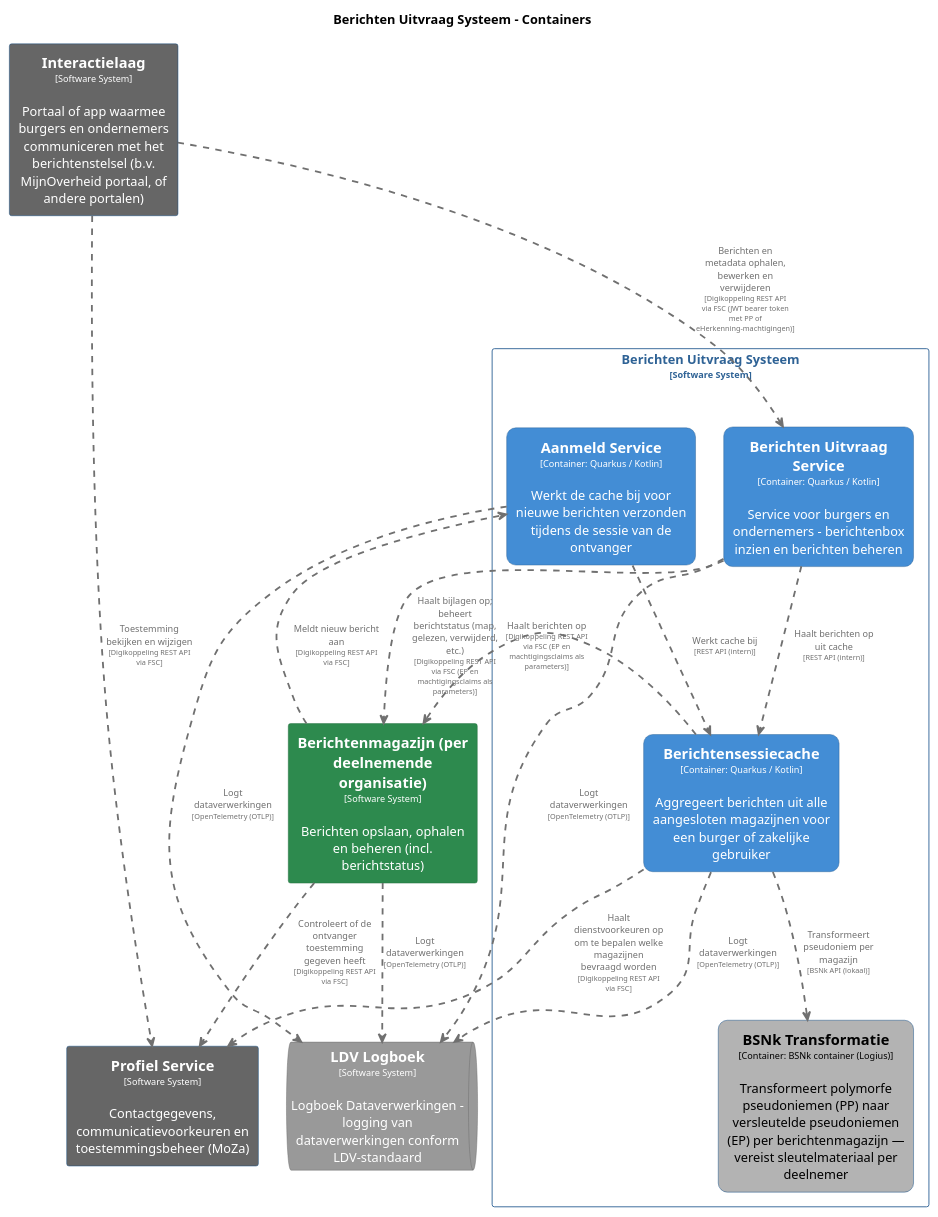
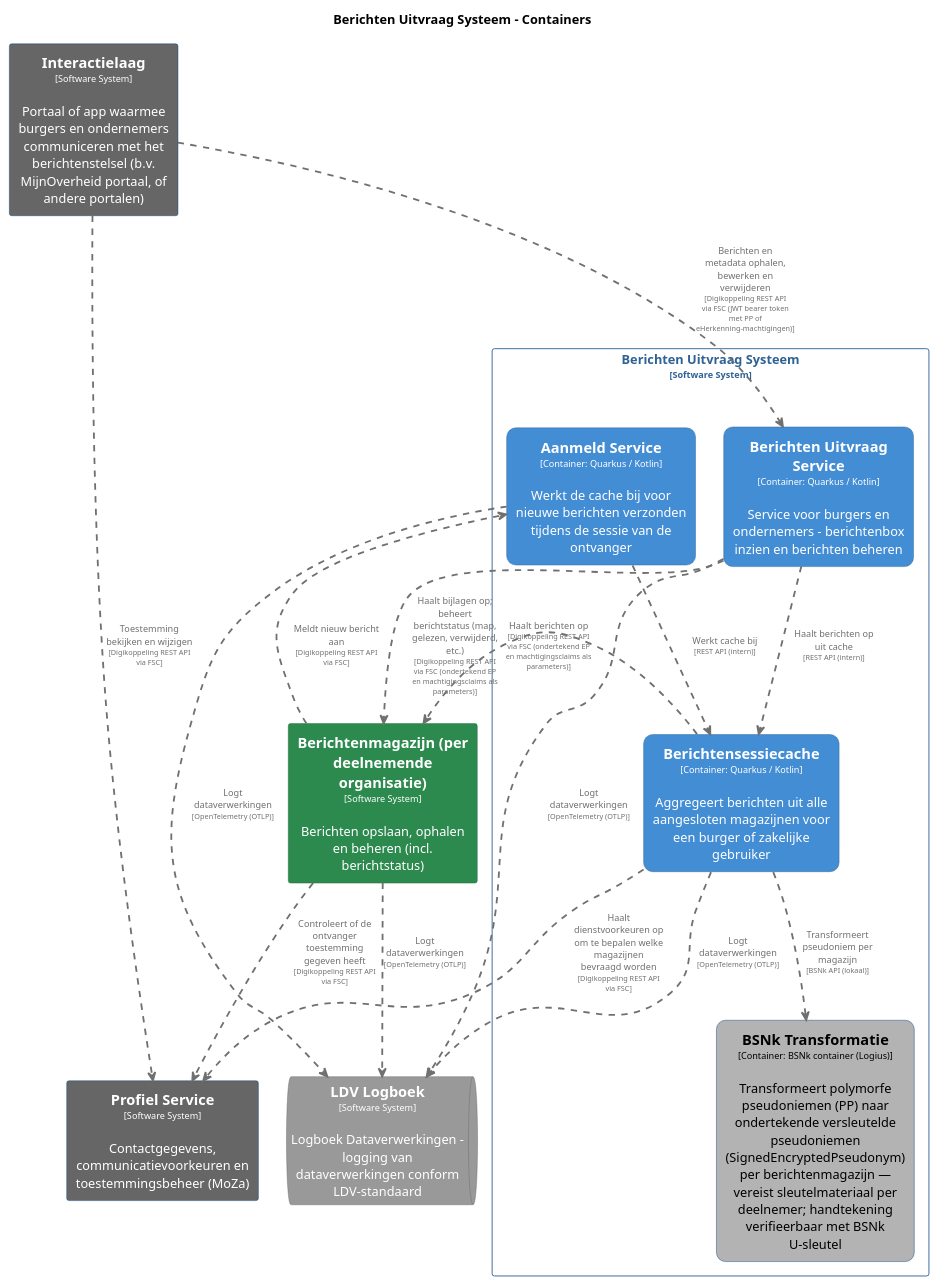
One commit to MinBZK/moza-poc-fbs-berichtenbox changed the diagram in pr-preview/pr-22/master/puml/BerichtenUitvraagSysteemContainers.puml. Above: the diagram before and after it, drawn with PlantUML. The commit also changed 37 other files, not shown here.

```diff
--- a/pr-preview/pr-22/master/puml/BerichtenUitvraagSysteemContainers.puml
+++ b/pr-preview/pr-22/master/puml/BerichtenUitvraagSysteemContainers.puml
@@ -1,102 +1,102 @@
 @startuml
 set separator none
 title Berichten Uitvraag Systeem - Containers
 
 top to bottom direction
 skinparam ranksep 60
 skinparam nodesep 30
 
 skinparam {
   arrowFontSize 10
   defaultTextAlignment center
   wrapWidth 200
   maxMessageSize 100
 }
 
 hide stereotype
 
 skinparam rectangle<<BerichtenUitvraagSysteem.AanmeldService>> {
   BackgroundColor #438dd5
   FontColor #ffffff
   BorderColor #2e6295
   roundCorner 20
   shadowing false
 }
 skinparam rectangle<<BerichtenUitvraagSysteem.BSNkTransformatie>> {
   BackgroundColor #b3b3b3
   FontColor #000000
   BorderColor #0b4884
   roundCorner 20
   shadowing false
 }
 skinparam rectangle<<BerichtenUitvraagSysteem.BerichtenUitvraagService>> {
   BackgroundColor #438dd5
   FontColor #ffffff
   BorderColor #2e6295
   roundCorner 20
   shadowing false
 }
 skinparam rectangle<<Berichtenmagazijnperdeelnemendeorganisatie>> {
   BackgroundColor #2d8a4e
   FontColor #ffffff
   BorderColor #1e6b38
   shadowing false
 }
 skinparam rectangle<<BerichtenUitvraagSysteem.Berichtensessiecache>> {
   BackgroundColor #438dd5
   FontColor #ffffff
   BorderColor #2e6295
   roundCorner 20
   shadowing false
 }
 skinparam rectangle<<Interactielaag>> {
   BackgroundColor #666666
   FontColor #ffffff
   BorderColor #0b4884
   shadowing false
 }
 skinparam queue<<LDVLogboek>> {
   BackgroundColor #999999
   FontColor #ffffff
   BorderColor #6b6b6b
   shadowing false
 }
 skinparam rectangle<<ProfielService>> {
   BackgroundColor #666666
   FontColor #ffffff
   BorderColor #0b4884
   shadowing false
 }
 skinparam rectangle<<BerichtenUitvraagSysteem>> {
   BorderColor #2e6295
   FontColor #2e6295
   shadowing false
 }
 
 rectangle "==Profiel Service\n<size:10>[Software System]</size>\n\nContactgegevens, communicatievoorkeuren en toestemmingsbeheer (MoZa)" <<ProfielService>> as ProfielService
 rectangle "==Interactielaag\n<size:10>[Software System]</size>\n\nPortaal of app waarmee burgers en ondernemers communiceren met het berichtenstelsel (b.v. MijnOverheid portaal, of andere portalen)" <<Interactielaag>> as Interactielaag
 rectangle "==Berichtenmagazijn (per deelnemende organisatie)\n<size:10>[Software System]</size>\n\nBerichten opslaan, ophalen en beheren (incl. berichtstatus)" <<Berichtenmagazijnperdeelnemendeorganisatie>> as Berichtenmagazijnperdeelnemendeorganisatie
 queue "==LDV Logboek\n<size:10>[Software System]</size>\n\nLogboek Dataverwerkingen - logging van dataverwerkingen conform LDV-standaard" <<LDVLogboek>> as LDVLogboek
 
 rectangle "Berichten Uitvraag Systeem\n<size:10>[Software System]</size>" <<BerichtenUitvraagSysteem>> {
   rectangle "==Berichtensessiecache\n<size:10>[Container: Quarkus / Kotlin]</size>\n\nAggregeert berichten uit alle aangesloten magazijnen voor een burger of zakelijke gebruiker" <<BerichtenUitvraagSysteem.Berichtensessiecache>> as BerichtenUitvraagSysteem.Berichtensessiecache
   rectangle "==Berichten Uitvraag Service\n<size:10>[Container: Quarkus / Kotlin]</size>\n\nService voor burgers en ondernemers - berichtenbox inzien en berichten beheren" <<BerichtenUitvraagSysteem.BerichtenUitvraagService>> as BerichtenUitvraagSysteem.BerichtenUitvraagService
-  rectangle "==BSNk Transformatie\n<size:10>[Container: BSNk container (Logius)]</size>\n\nTransformeert polymorfe pseudoniemen (PP) naar versleutelde pseudoniemen (EP) per berichtenmagazijn — vereist sleutelmateriaal per deelnemer" <<BerichtenUitvraagSysteem.BSNkTransformatie>> as BerichtenUitvraagSysteem.BSNkTransformatie
+  rectangle "==BSNk Transformatie\n<size:10>[Container: BSNk container (Logius)]</size>\n\nTransformeert polymorfe pseudoniemen (PP) naar ondertekende versleutelde pseudoniemen (SignedEncryptedPseudonym) per berichtenmagazijn — vereist sleutelmateriaal per deelnemer; handtekening verifieerbaar met BSNk U-sleutel" <<BerichtenUitvraagSysteem.BSNkTransformatie>> as BerichtenUitvraagSysteem.BSNkTransformatie
   rectangle "==Aanmeld Service\n<size:10>[Container: Quarkus / Kotlin]</size>\n\nWerkt de cache bij voor nieuwe berichten verzonden tijdens de sessie van de ontvanger" <<BerichtenUitvraagSysteem.AanmeldService>> as BerichtenUitvraagSysteem.AanmeldService
 }
 
 Berichtenmagazijnperdeelnemendeorganisatie .[#707070,thickness=2].> ProfielService : "<color:#707070>Controleert of de ontvanger toestemming gegeven heeft\n<color:#707070><size:8>[Digikoppeling REST API via FSC]</size>"
 BerichtenUitvraagSysteem.Berichtensessiecache .[#707070,thickness=2].> ProfielService : "<color:#707070>Haalt dienstvoorkeuren op om te bepalen welke magazijnen bevraagd worden\n<color:#707070><size:8>[Digikoppeling REST API via FSC]</size>"
-BerichtenUitvraagSysteem.Berichtensessiecache .[#707070,thickness=2].> Berichtenmagazijnperdeelnemendeorganisatie : "<color:#707070>Haalt berichten op\n<color:#707070><size:8>[Digikoppeling REST API via FSC (EP en machtigingsclaims als parameters)]</size>"
+BerichtenUitvraagSysteem.Berichtensessiecache .[#707070,thickness=2].> Berichtenmagazijnperdeelnemendeorganisatie : "<color:#707070>Haalt berichten op\n<color:#707070><size:8>[Digikoppeling REST API via FSC (ondertekend EP en machtigingsclaims als parameters)]</size>"
 Berichtenmagazijnperdeelnemendeorganisatie .[#707070,thickness=2].> LDVLogboek : "<color:#707070>Logt dataverwerkingen\n<color:#707070><size:8>[OpenTelemetry (OTLP)]</size>"
 BerichtenUitvraagSysteem.Berichtensessiecache .[#707070,thickness=2].> LDVLogboek : "<color:#707070>Logt dataverwerkingen\n<color:#707070><size:8>[OpenTelemetry (OTLP)]</size>"
 BerichtenUitvraagSysteem.BerichtenUitvraagService .[#707070,thickness=2].> LDVLogboek : "<color:#707070>Logt dataverwerkingen\n<color:#707070><size:8>[OpenTelemetry (OTLP)]</size>"
 BerichtenUitvraagSysteem.AanmeldService .[#707070,thickness=2].> LDVLogboek : "<color:#707070>Logt dataverwerkingen\n<color:#707070><size:8>[OpenTelemetry (OTLP)]</size>"
 BerichtenUitvraagSysteem.Berichtensessiecache .[#707070,thickness=2].> BerichtenUitvraagSysteem.BSNkTransformatie : "<color:#707070>Transformeert pseudoniem per magazijn\n<color:#707070><size:8>[BSNk API (lokaal)]</size>"
 BerichtenUitvraagSysteem.AanmeldService .[#707070,thickness=2].> BerichtenUitvraagSysteem.Berichtensessiecache : "<color:#707070>Werkt cache bij\n<color:#707070><size:8>[REST API (intern)]</size>"
 BerichtenUitvraagSysteem.BerichtenUitvraagService .[#707070,thickness=2].> BerichtenUitvraagSysteem.Berichtensessiecache : "<color:#707070>Haalt berichten op uit cache\n<color:#707070><size:8>[REST API (intern)]</size>"
 Interactielaag .[#707070,thickness=2].> BerichtenUitvraagSysteem.BerichtenUitvraagService : "<color:#707070>Berichten en metadata ophalen, bewerken en verwijderen\n<color:#707070><size:8>[Digikoppeling REST API via FSC (JWT bearer token met PP of eHerkenning-machtigingen)]</size>"
 Interactielaag .[#707070,thickness=2].> ProfielService : "<color:#707070>Toestemming bekijken en wijzigen\n<color:#707070><size:8>[Digikoppeling REST API via FSC]</size>"
-BerichtenUitvraagSysteem.BerichtenUitvraagService .[#707070,thickness=2].> Berichtenmagazijnperdeelnemendeorganisatie : "<color:#707070>Haalt bijlagen op; beheert berichtstatus (map, gelezen, verwijderd, etc.)\n<color:#707070><size:8>[Digikoppeling REST API via FSC (EP en machtigingsclaims als parameters)]</size>"
+BerichtenUitvraagSysteem.BerichtenUitvraagService .[#707070,thickness=2].> Berichtenmagazijnperdeelnemendeorganisatie : "<color:#707070>Haalt bijlagen op; beheert berichtstatus (map, gelezen, verwijderd, etc.)\n<color:#707070><size:8>[Digikoppeling REST API via FSC (ondertekend EP en machtigingsclaims als parameters)]</size>"
 Berichtenmagazijnperdeelnemendeorganisatie .[#707070,thickness=2].> BerichtenUitvraagSysteem.AanmeldService : "<color:#707070>Meldt nieuw bericht aan\n<color:#707070><size:8>[Digikoppeling REST API via FSC]</size>"
 @enduml
```
